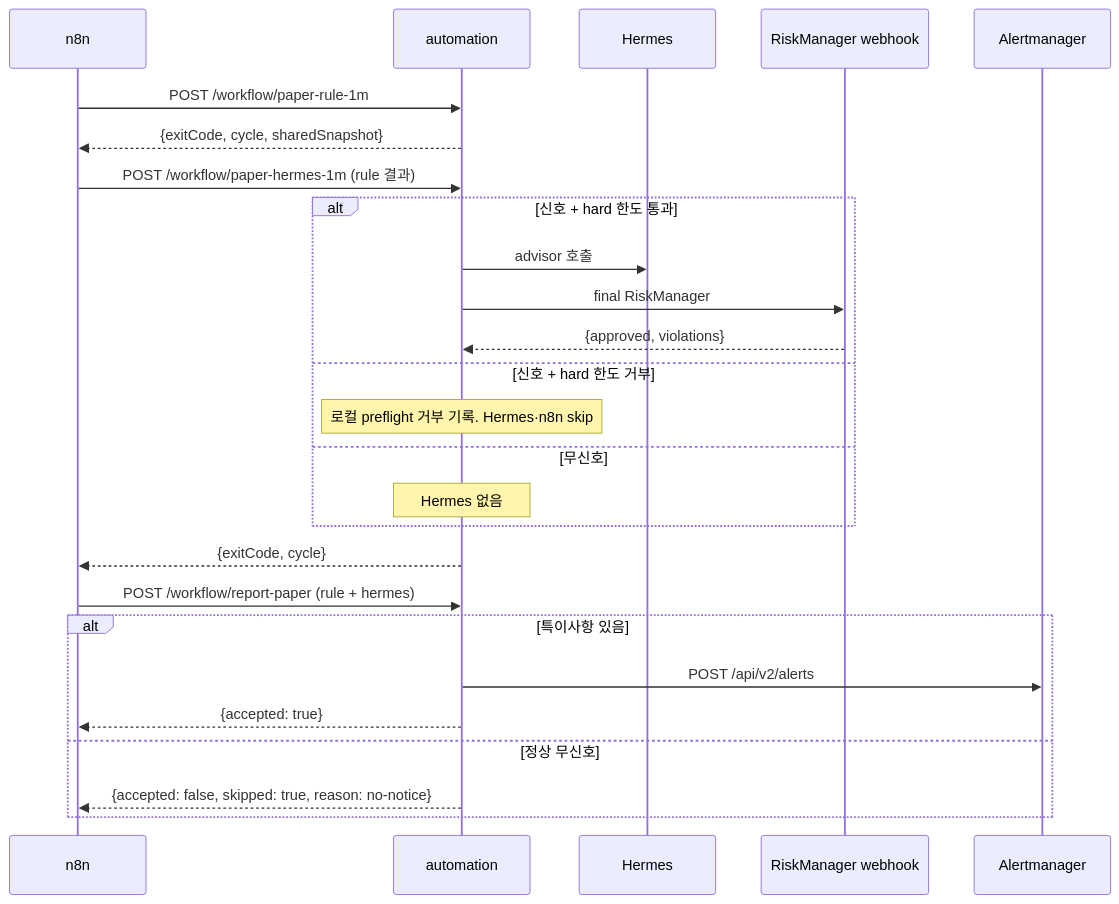
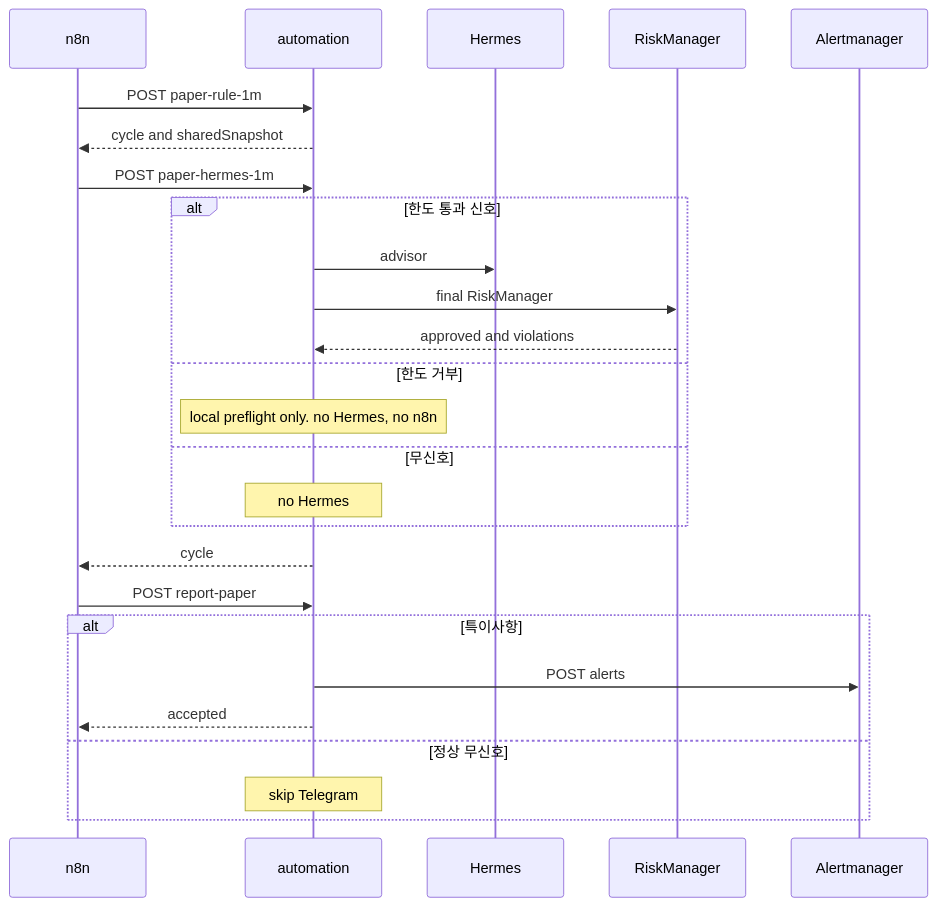
Before and after one commit to hunchulchoi/toss-trader: the sixth of 12 diagrams in docs/system-workflow.md, drawn with Mermaid. The commit also changed other lines of this file and 12 other files, not shown here.

````diff
--- a/docs/system-workflow.md
+++ b/docs/system-workflow.md
@@ -189,28 +189,28 @@
 ```mermaid
 sequenceDiagram
     participant N as n8n
     participant A as automation
     participant H as Hermes
-    participant R as RiskManager webhook
+    participant R as RiskManager
     participant AM as Alertmanager
-    N->>A: POST /workflow/paper-rule-1m
-    A-->>N: {exitCode, cycle, sharedSnapshot}
-    N->>A: POST /workflow/paper-hermes-1m (rule 결과)
-    alt 신호 + hard 한도 통과
-        A->>H: advisor 호출
+    N->>A: POST paper-rule-1m
+    A-->>N: cycle and sharedSnapshot
+    N->>A: POST paper-hermes-1m
+    alt 한도 통과 신호
+        A->>H: advisor
         A->>R: final RiskManager
-        R-->>A: {approved, violations}
-    else 신호 + hard 한도 거부
-        Note over A: 로컬 preflight 거부 기록. Hermes·n8n skip
+        R-->>A: approved and violations
+    else 한도 거부
+        Note over A: local preflight only. no Hermes, no n8n
     else 무신호
-        Note over A: Hermes 없음
+        Note over A: no Hermes
     end
-    A-->>N: {exitCode, cycle}
-    N->>A: POST /workflow/report-paper (rule + hermes)
-    alt 특이사항 있음
-        A->>AM: POST /api/v2/alerts
-        A-->>N: {accepted: true}
+    A-->>N: cycle
+    N->>A: POST report-paper
+    alt 특이사항
+        A->>AM: POST alerts
+        A-->>N: accepted
     else 정상 무신호
-        A-->>N: {accepted: false, skipped: true, reason: no-notice}
+        Note over A: skip Telegram
     end
 ```
````
